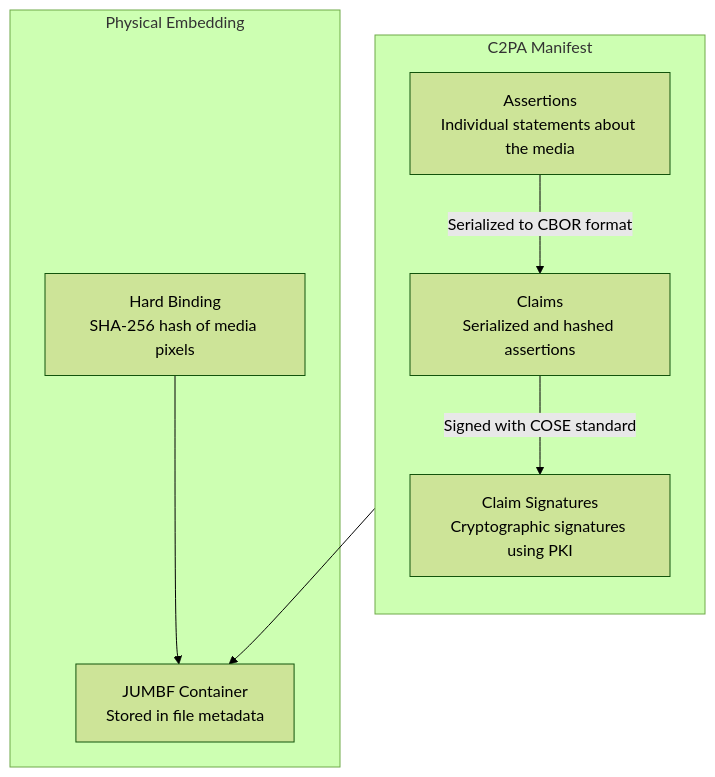
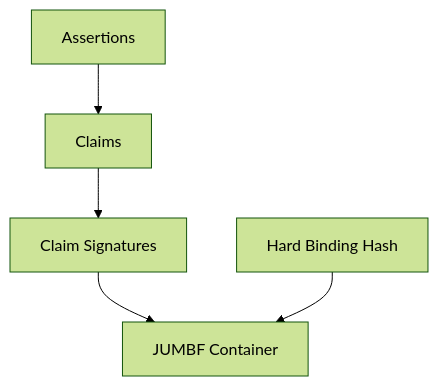
The third of 9 diagrams in docs/docs.md (Ashking-tech/python-script), drawn with Mermaid (forest theme) before and after one commit. The commit also changed other lines of this file, not shown here.

````diff
--- a/docs/docs.md
+++ b/docs/docs.md
@@ -99,20 +291,7 @@
 ```mermaid
-flowchart TB
-    subgraph Manifest["C2PA Manifest"]
-        direction TB
-        A[Assertions<br>Individual statements about the media]
-        B[Claims<br>Serialized and hashed assertions]
-        C[Claim Signatures<br>Cryptographic signatures using PKI]
-        
-        A -->|Serialized to CBOR format| B
-        B -->|Signed with COSE standard| C
-    end
-    
-    subgraph Embedding["Physical Embedding"]
-        D[JUMBF Container<br>Stored in file metadata]
-        E[Hard Binding<br>SHA-256 hash of media pixels]
-    end
-    
-    C --> D
-    E --> D
+flowchart TD
+    A[Assertions] --> B[Claims]
+    B --> C[Claim Signatures]
+    C --> D[JUMBF Container]
+    E[Hard Binding Hash] --> D
 ```
````
